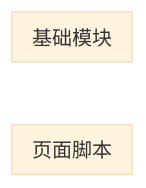
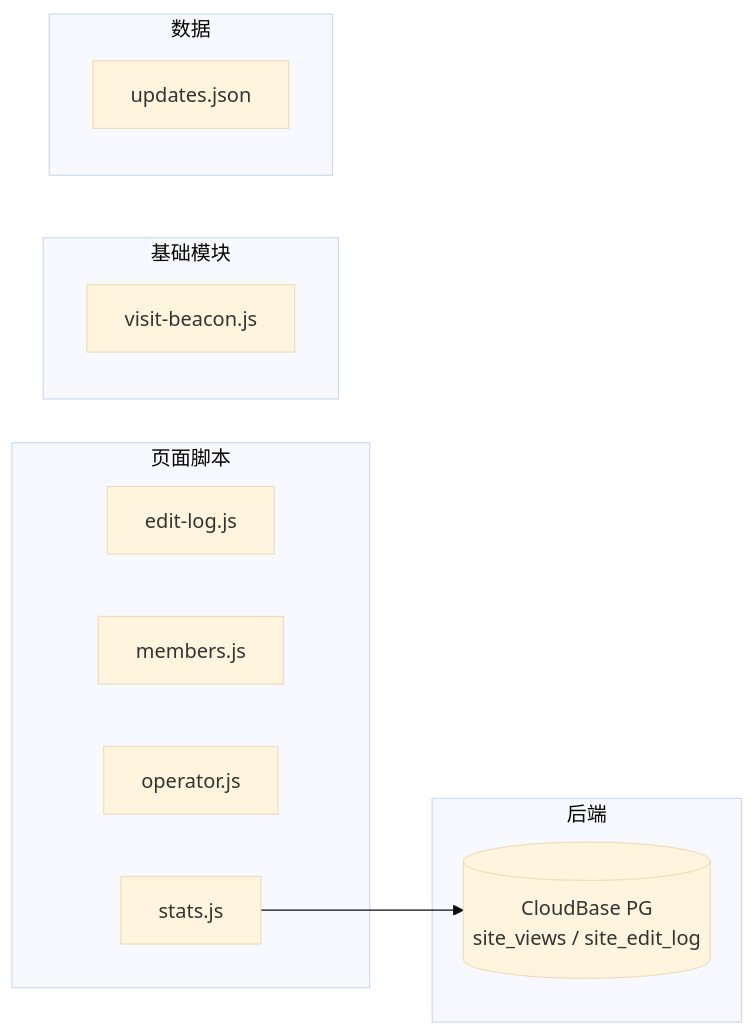
One commit to cangwu-protect-union/cangwu-protect-union.github.io changed the second of 2 diagrams in 架构.md. Above: the diagram before and after it, drawn with Mermaid (base theme). The commit also changed other lines of this file and 115 other files, not shown here.

````diff
--- a/架构.md
+++ b/架构.md
@@ -45,11 +58,27 @@
 ```mermaid
 flowchart LR
 
   subgraph scriptLayer2["页面脚本"]
+    S_edit_log["edit-log.js"]
+    S_members["members.js"]
+    S_operator["operator.js"]
+    S_stats["stats.js"]
   end
 
   subgraph baseLayer["基础模块"]
+    M_visit_beacon["visit-beacon.js"]
+  end
+
+  subgraph dataLayer["数据"]
+    D_updates["updates.json"]
+  end
+
+  subgraph backend["后端"]
+    DB[("CloudBase PG<br/>site_views / site_edit_log")]
   end
 
   %% 页面脚本 → 基础模块
+
+  %% 后端
+  S_stats --> DB
 ```
````
